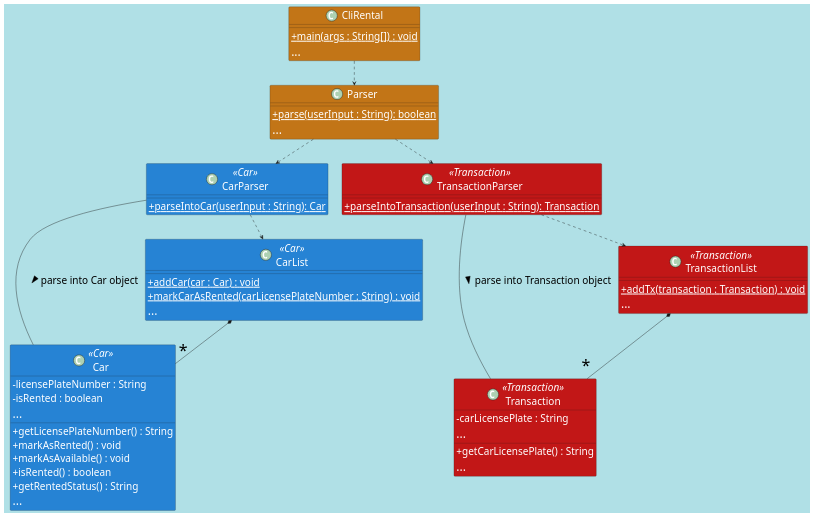
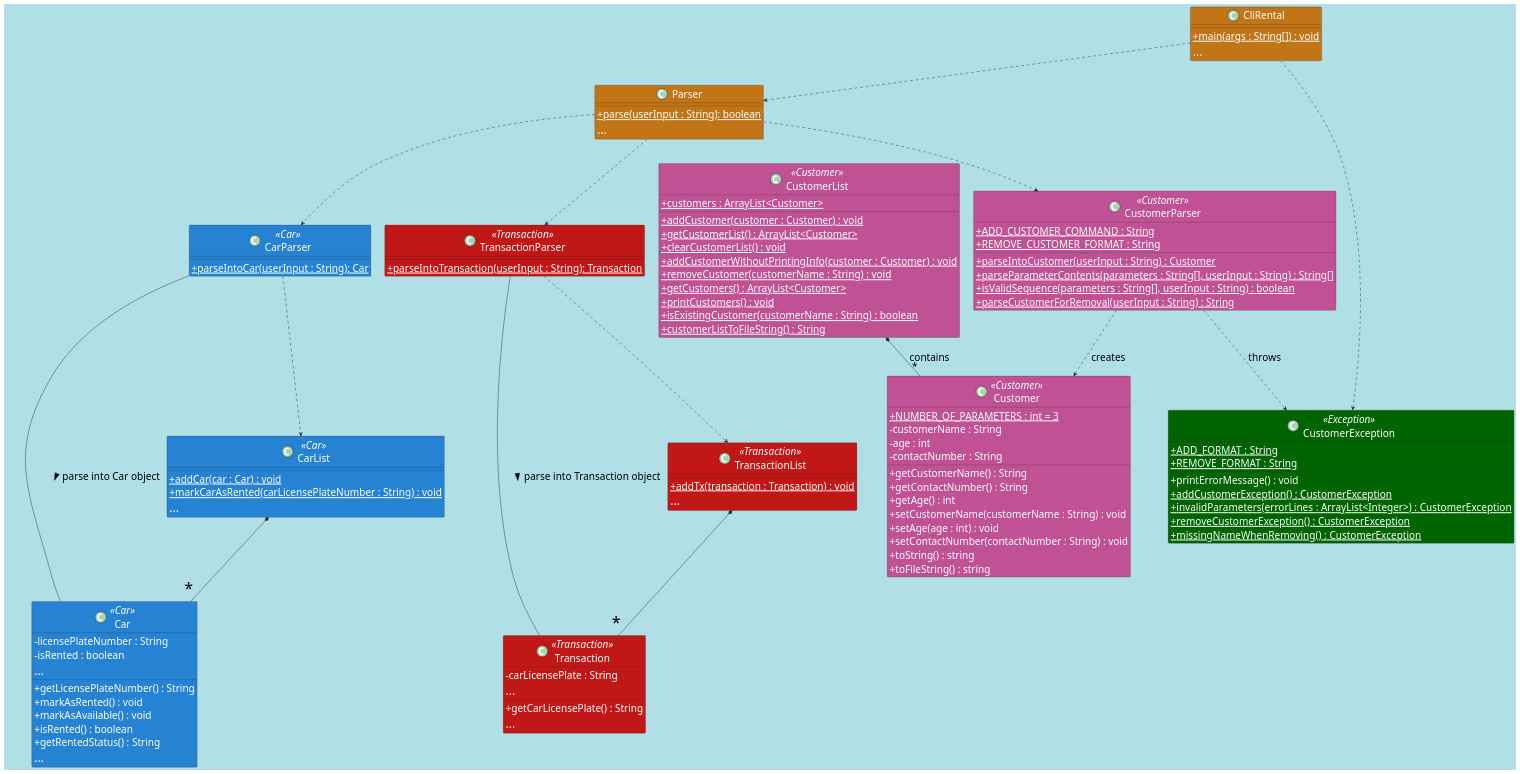
One commit to rexkoh425/tp changed the diagram in docs/diagrams/RyanClassDiagram.puml. Above: the diagram before and after it, drawn with PlantUML. The commit also changed 3 other files, not shown here.

Commit message:
Add Class diagram for file handling

```diff
--- a/docs/diagrams/RyanClassDiagram.puml
+++ b/docs/diagrams/RyanClassDiagram.puml
@@ -1,74 +1,135 @@
 @startuml
 'https://plantuml.com/class-diagram
 
 skinparam {
 classAttributeIconSize 0
 defaultFontColor white
 defaultFontSize 25
 backgroundColor PowderBlue
 ArrowFontSize 25
 ArrowFontColor black
 }
 
 skinparam class {
 BackgroundColor #c27517
 BackgroundColor<<Car>> #2683d4
 BackgroundColor<<Transaction>> #c21717
+BackgroundColor<<Customer>> #c15195
+BackgroundColor<<Exception>> #006400
 }
 
 class CliRental {
 {method}{static} +main(args : String[]) : void
 {method}<font size=30>...
 }
+
 class Parser {
 {method}{static} +parse(userInput : String): boolean
 {method}<font size=30>...
 }
 class CarParser <<Car>>{
 {method}{static} +parseIntoCar(userInput : String): Car
 }
+
 class TransactionParser <<Transaction>>{
 {method}{static} +parseIntoTransaction(userInput : String): Transaction
 }
+
 class Car <<Car>>{
 {field} -licensePlateNumber : String
 {field} -isRented : boolean
 <font size=30>...
 {method} +getLicensePlateNumber() : String
 {method} +markAsRented() : void
 {method} +markAsAvailable() : void
 {method} +isRented() : boolean
 {method} +getRentedStatus() : String
 {method}<font size=30>...
 }
+
 class Transaction <<Transaction>>{
 {field} -carLicensePlate : String
 <font size=30>...
 {method} +getCarLicensePlate() : String
 {method}<font size=30>...
 }
+
 class CarList <<Car>>{
 {method}{static} +addCar(car : Car) : void
 {method}{static} +markCarAsRented(carLicensePlateNumber : String) : void
 {method}<font size=30>...
 }
+
 class TransactionList <<Transaction>>{
 {method}{static} +addTx(transaction : Transaction) : void
 {method}<font size=30>...
 }
 
+class Customer <<Customer>> {
+    {field}{static} +NUMBER_OF_PARAMETERS : int = 3
+    {field}  -customerName : String
+    {field}  -age : int
+    {field}  -contactNumber : String
+    {method} +getCustomerName() : String
+    {method} +getContactNumber() : String
+    {method} +getAge() : int
+    {method} +setCustomerName(customerName : String) : void
+    {method} +setAge(age : int) : void
+    {method} +setContactNumber(contactNumber : String) : void
+    {method} +toString() : string
+    {method} +toFileString() : string
+}
+
+class CustomerList <<Customer>> {
+    {field}{static}  +customers : ArrayList<Customer>
+    {method}{static} +addCustomer(customer : Customer) : void
+    {method}{static} +getCustomerList() : ArrayList<Customer>
+    {method}{static} +clearCustomerList() : void
+    {method}{static} +addCustomerWithoutPrintingInfo(customer : Customer) : void
+    {method}{static} +removeCustomer(customerName : String) : void
+    {method}{static} +getCustomers() : ArrayList<Customer>
+    {method}{static} +printCustomers() : void
+    {method}{static} +isExistingCustomer(customerName : String) : boolean
+    {method}{static} +customerListToFileString() : String
+}
+
+class CustomerParser <<Customer>> {
+    {field}{static}  +ADD_CUSTOMER_COMMAND : String
+    {field}{static}  +REMOVE_CUSTOMER_FORMAT : String
+    {method}{static} +parseIntoCustomer(userInput : String) : Customer
+    {method}{static} +parseParameterContents(parameters : String[], userInput : String) : String[]
+    {method}{static} +isValidSequence(parameters : String[], userInput : String) : boolean
+    {method}{static} +parseCustomerForRemoval(userInput : String) : String
+}
+
+class CustomerException <<Exception>> {
+    {field}{static} +ADD_FORMAT : String
+    {field}{static} +REMOVE_FORMAT : String
+    {method} +printErrorMessage() : void
+    {method}{static} +addCustomerException() : CustomerException
+    {method}{static} +invalidParameters(errorLines : ArrayList<Integer>) : CustomerException
+    {method}{static} +removeCustomerException() : CustomerException
+    {method}{static} +missingNameWhenRemoving() : CustomerException
+}
+
 CliRental ..> Parser
+CliRental ..> CustomerException
 
 Parser ..> CarParser
 Parser ..> TransactionParser
+Parser ..> CustomerParser
 
 CarParser -- Car: <font color=black>parse into Car object >
 CarParser ..> CarList
 
 TransactionParser -- Transaction : parse into Transaction object >
 TransactionParser ..> TransactionList
 
 CarList *-- "<font color=black size=40>*" Car
 TransactionList *-- "<font color=black size=40>*" Transaction
 
+CustomerParser ..> Customer : "creates"
+CustomerParser ..> CustomerException : "throws"
+
+CustomerList  *-- "*" Customer : "contains"
 @enduml
```
